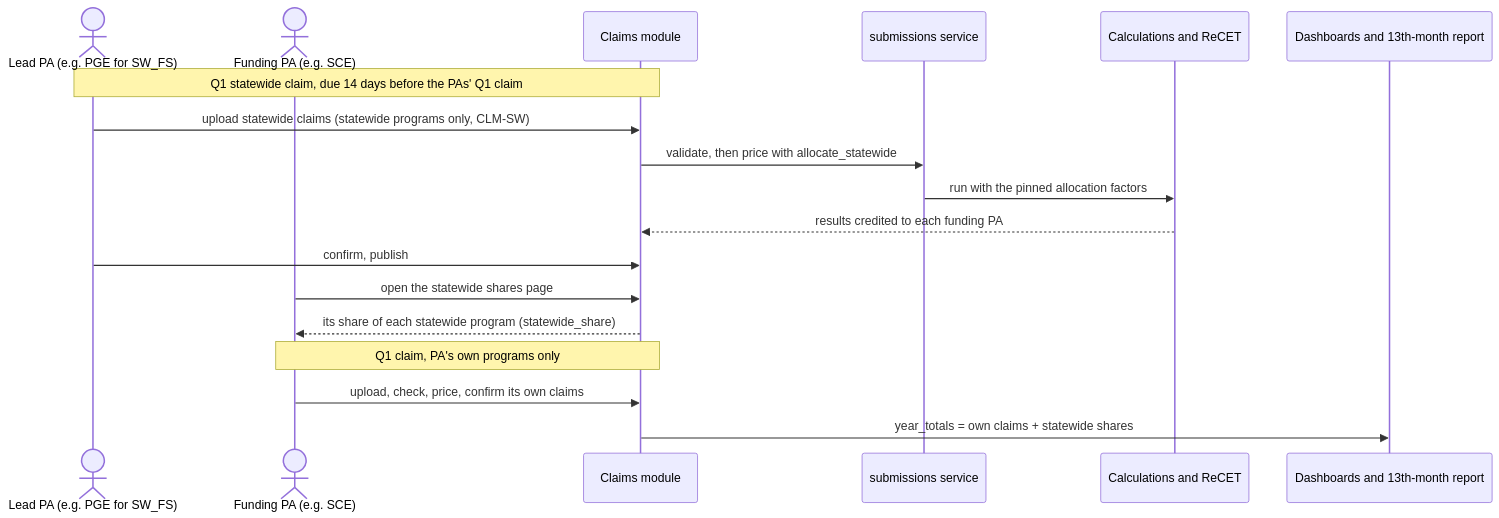
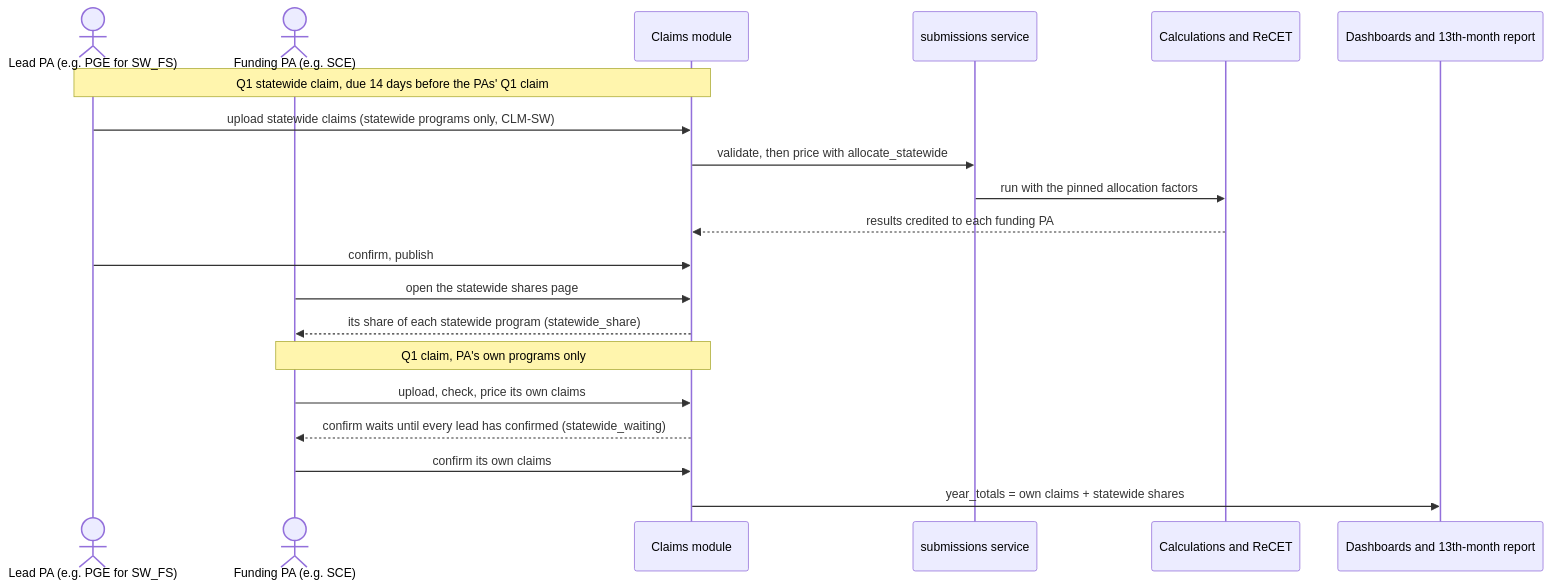
One commit to JRichardson-PGE/CEDARS-Platform changed diagram 23 of 39 in docs/ARCHITECTURE_AS_BUILT.md. Above: the diagram before and after it, drawn with Mermaid. The commit also changed other lines of this file and 8 other files, not shown here.

First line of the commit message:
Hold a PA's first claim confirmation until every lead PA has confirmed its statewide claim

````diff
--- a/docs/ARCHITECTURE_AS_BUILT.md
+++ b/docs/ARCHITECTURE_AS_BUILT.md
@@ -1570,20 +1578,22 @@
 ```mermaid
 sequenceDiagram
   actor L as Lead PA (e.g. PGE for SW_FS)
   actor F as Funding PA (e.g. SCE)
   participant CL as Claims module
   participant S as submissions service
   participant C as Calculations and ReCET
   participant D as Dashboards and 13th-month report
   Note over L,CL: Q1 statewide claim, due 14 days before the PAs' Q1 claim
   L->>CL: upload statewide claims (statewide programs only, CLM-SW)
   CL->>S: validate, then price with allocate_statewide
   S->>C: run with the pinned allocation factors
   C-->>CL: results credited to each funding PA
   L->>CL: confirm, publish
   F->>CL: open the statewide shares page
   CL-->>F: its share of each statewide program (statewide_share)
   Note over F,CL: Q1 claim, PA's own programs only
-  F->>CL: upload, check, price, confirm its own claims
+  F->>CL: upload, check, price its own claims
+  CL-->>F: confirm waits until every lead has confirmed (statewide_waiting)
+  F->>CL: confirm its own claims
   CL->>D: year_totals = own claims + statewide shares
 ```
````
